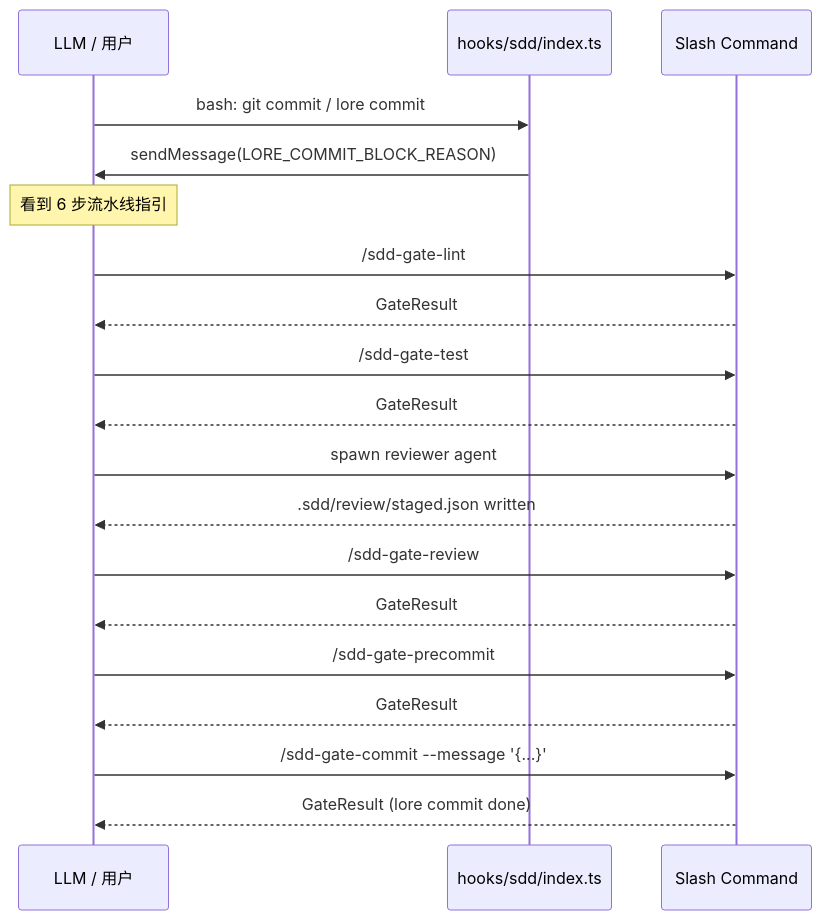
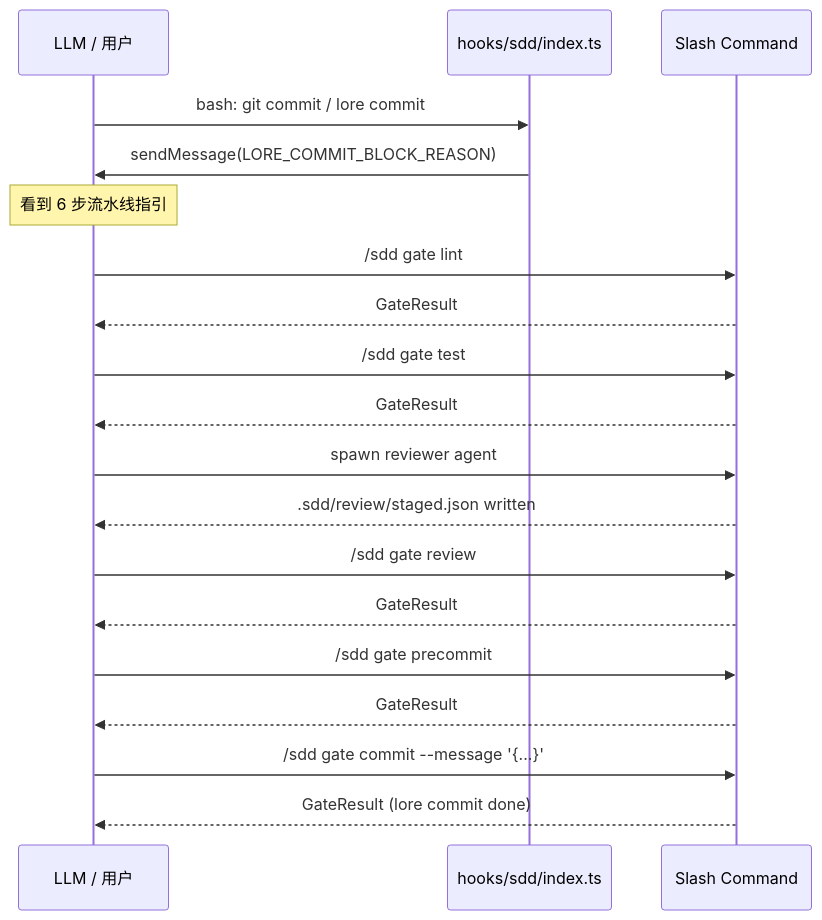
The second of 2 diagrams in docs/architecture/sdd-gate.md (Norman-pong/sdd-pack), drawn with Mermaid before and after one commit. The commit also changed other lines of this file and 9 other files, not shown here.

````diff
--- a/docs/architecture/sdd-gate.md
+++ b/docs/architecture/sdd-gate.md
@@ -193,22 +193,22 @@
 ```mermaid
 sequenceDiagram
     participant LLM as LLM / 用户
     participant Hook as hooks/sdd/index.ts
     participant SC as Slash Command
 
     LLM->>Hook: bash: git commit / lore commit
     Hook->>LLM: sendMessage(LORE_COMMIT_BLOCK_REASON)
     Note over LLM: 看到 6 步流水线指引
-    LLM->>SC: /sdd-gate-lint
+    LLM->>SC: /sdd gate lint
     SC-->>LLM: GateResult
-    LLM->>SC: /sdd-gate-test
+    LLM->>SC: /sdd gate test
     SC-->>LLM: GateResult
     LLM->>SC: spawn reviewer agent
     SC-->>LLM: .sdd/review/staged.json written
-    LLM->>SC: /sdd-gate-review
+    LLM->>SC: /sdd gate review
     SC-->>LLM: GateResult
-    LLM->>SC: /sdd-gate-precommit
+    LLM->>SC: /sdd gate precommit
     SC-->>LLM: GateResult
-    LLM->>SC: /sdd-gate-commit --message '{...}'
+    LLM->>SC: /sdd gate commit --message '{...}'
     SC-->>LLM: GateResult (lore commit done)
 ```
````
